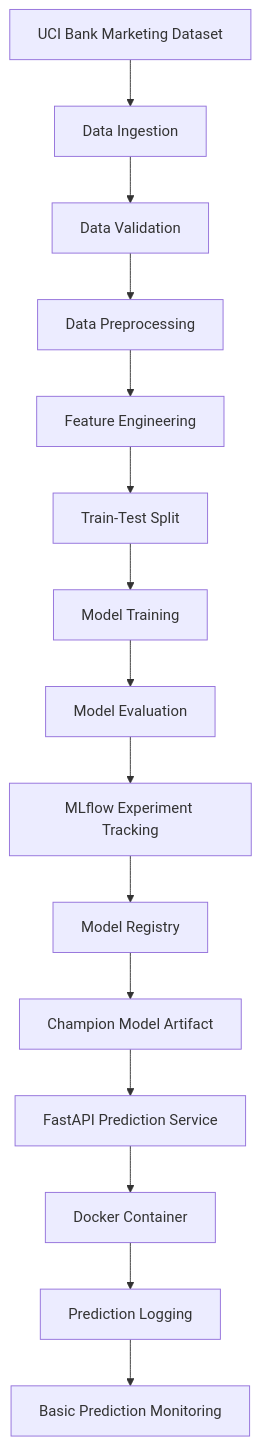
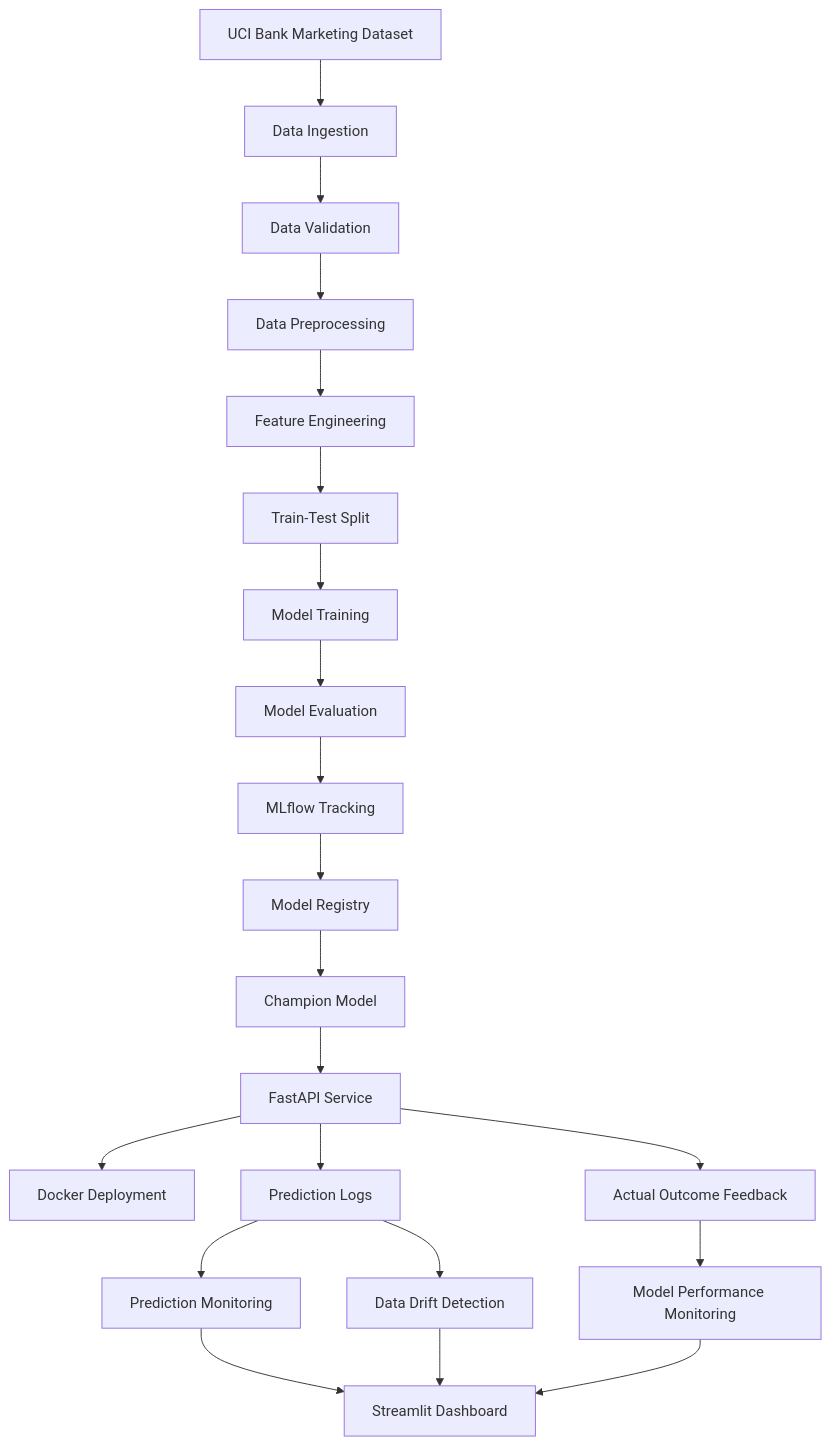
Before and after one commit to pranshi-22/end-to-end-bank-marketing-mlops: the diagram in README.md, drawn with Mermaid. The commit also changed other lines of this file and 1 other file, not shown here.

Commit message:
Update README and Docker deployment configuration

````diff
--- a/README.md
+++ b/README.md
@@ -76,17 +68,23 @@
 ```mermaid
 flowchart TD
     A[UCI Bank Marketing Dataset] --> B[Data Ingestion]
     B --> C[Data Validation]
     C --> D[Data Preprocessing]
     D --> E[Feature Engineering]
     E --> F[Train-Test Split]
     F --> G[Model Training]
     G --> H[Model Evaluation]
-    H --> I[MLflow Experiment Tracking]
+    H --> I[MLflow Tracking]
     I --> J[Model Registry]
-    J --> K[Champion Model Artifact]
-    K --> L[FastAPI Prediction Service]
-    L --> M[Docker Container]
-    M --> N[Prediction Logging]
-    N --> O[Basic Prediction Monitoring]
+    J --> K[Champion Model]
+    K --> L[FastAPI Service]
+    L --> M[Docker Deployment]
+    L --> N[Prediction Logs]
+    L --> O[Actual Outcome Feedback]
+    N --> P[Prediction Monitoring]
+    N --> Q[Data Drift Detection]
+    O --> R[Model Performance Monitoring]
+    P --> S[Streamlit Dashboard]
+    Q --> S
+    R --> S
 ```
````
